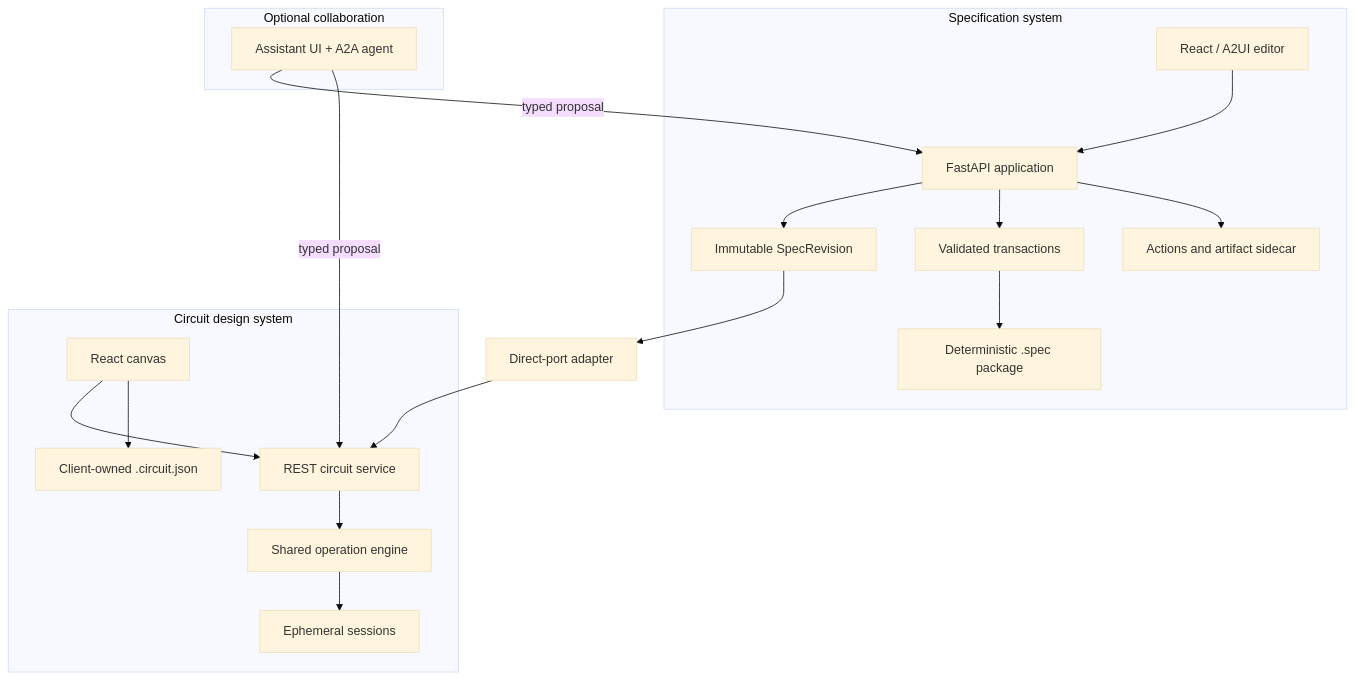
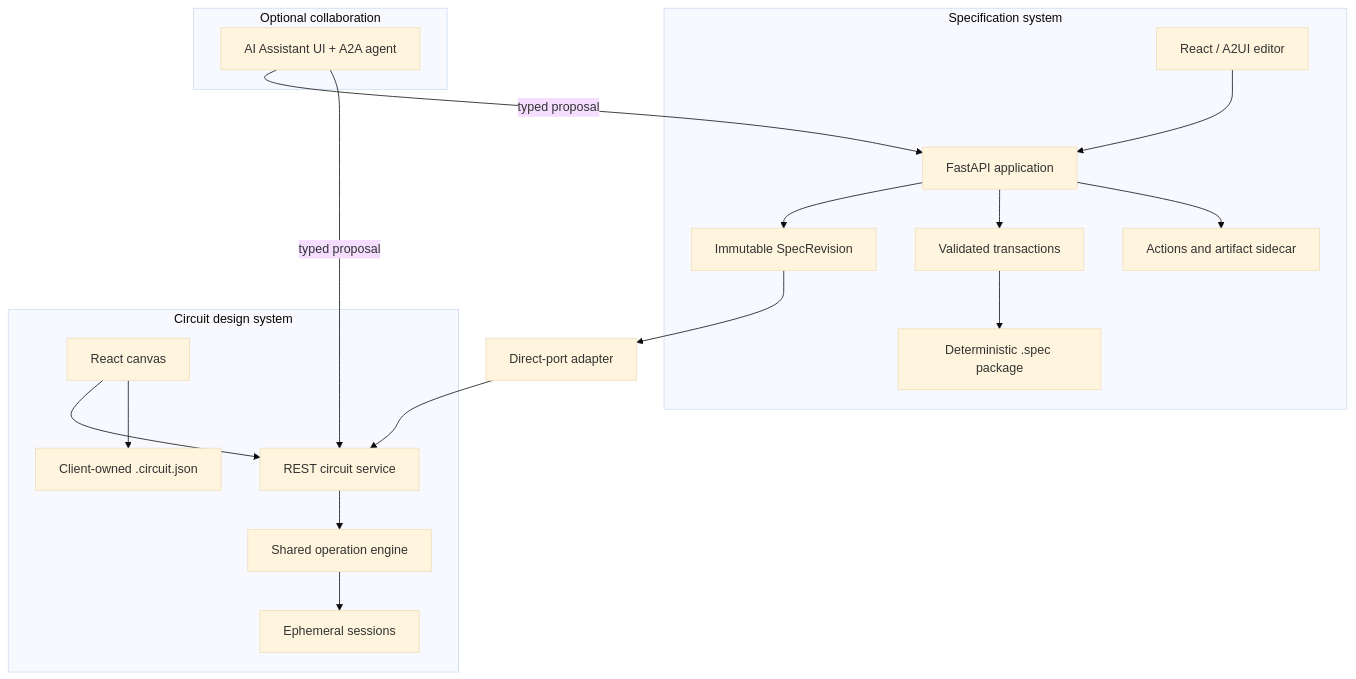
One commit to ankdesh/spec2gds changed the first of 3 diagrams in docs/architecture.md. Above: the diagram before and after it, drawn with Mermaid (base theme). The commit also changed other lines of this file and 104 other files, not shown here.

````diff
--- a/docs/architecture.md
+++ b/docs/architecture.md
@@ -8,25 +8,25 @@
 ```mermaid
 flowchart TB
     subgraph Spec["Specification system"]
         SE["React / A2UI editor"] --> SA["FastAPI application"]
         SA --> IR["Immutable SpecRevision"]
         SA --> TX["Validated transactions"]
         TX --> SP["Deterministic .spec package"]
         SA --> AS["Actions and artifact sidecar"]
     end
 
     subgraph Circuit["Circuit design system"]
         CE["React canvas"] --> CS["REST circuit service"]
         CS --> ENG["Shared operation engine"]
         ENG --> MEM["Ephemeral sessions"]
         CE --> FILE["Client-owned .circuit.json"]
     end
 
     subgraph Optional["Optional collaboration"]
-        AU["Assistant UI + A2A agent"]
+        AU["AI Assistant UI + A2A agent"]
     end
 
     IR --> ADAPTER["Direct-port adapter"] --> CS
     AU -->|"typed proposal"| SA
     AU -->|"typed proposal"| CS
 ```
````
